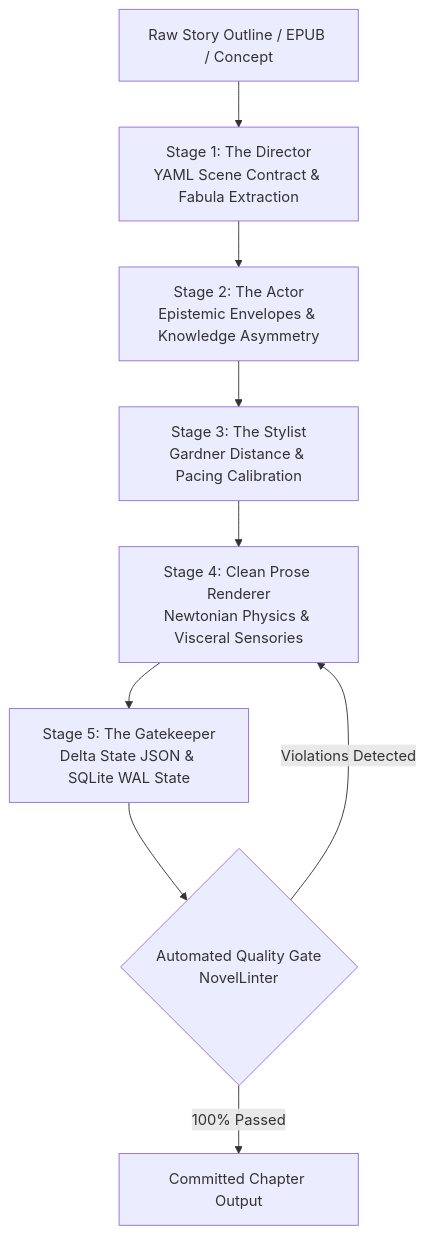
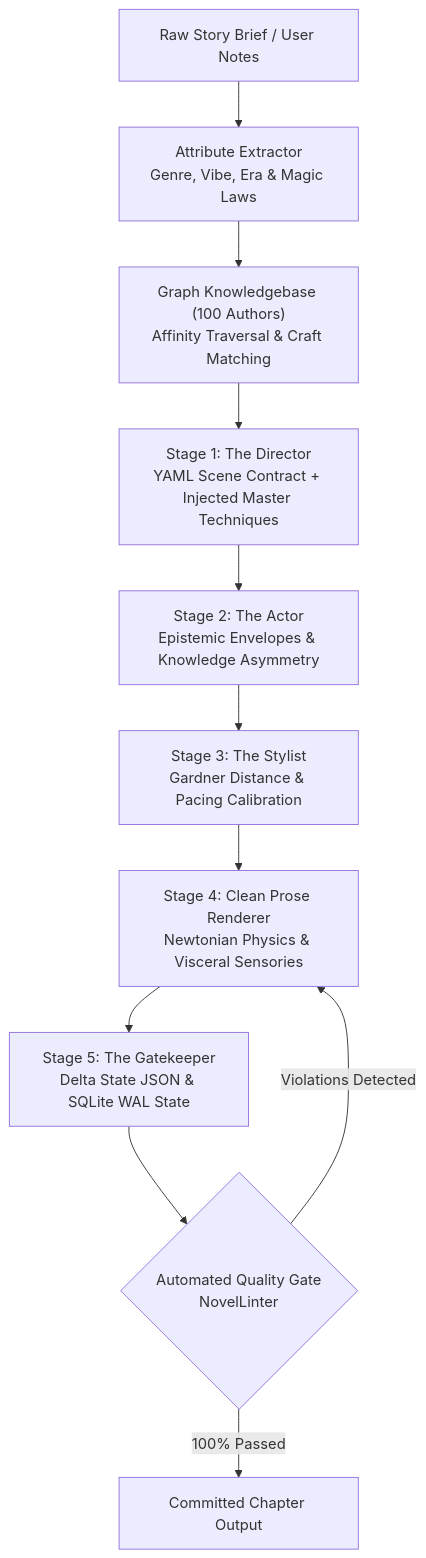
The diagram in README.md (Jaswanth1902/AI_Novel_Writer), drawn with Mermaid before and after one commit. The commit also changed other lines of this file and 13 other files, not shown here.

Commit message:
feat: 100 authors knowledge graph, attribute extractor, and craft injection engine v2.1

````diff
--- a/README.md
+++ b/README.md
@@ -17,11 +18,13 @@
 ```mermaid
 flowchart TD
-    A["Raw Story Outline / EPUB / Concept"] --> B["Stage 1: The Director\nYAML Scene Contract & Fabula Extraction"]
-    B --> C["Stage 2: The Actor\nEpistemic Envelopes & Knowledge Asymmetry"]
-    C --> D["Stage 3: The Stylist\nGardner Distance & Pacing Calibration"]
-    D --> E["Stage 4: Clean Prose Renderer\nNewtonian Physics & Visceral Sensories"]
-    E --> F["Stage 5: The Gatekeeper\nDelta State JSON & SQLite WAL State"]
-    F --> G{"Automated Quality Gate\nNovelLinter"}
-    G -- "Violations Detected" --> E
-    G -- "100% Passed" --> H["Committed Chapter Output"]
+    A["Raw Story Brief / User Notes"] --> B["Attribute Extractor\nGenre, Vibe, Era & Magic Laws"]
+    B --> C["Graph Knowledgebase (100 Authors)\nAffinity Traversal & Craft Matching"]
+    C --> D["Stage 1: The Director\nYAML Scene Contract + Injected Master Techniques"]
+    D --> E["Stage 2: The Actor\nEpistemic Envelopes & Knowledge Asymmetry"]
+    E --> F["Stage 3: The Stylist\nGardner Distance & Pacing Calibration"]
+    F --> G["Stage 4: Clean Prose Renderer\nNewtonian Physics & Visceral Sensories"]
+    G --> H["Stage 5: The Gatekeeper\nDelta State JSON & SQLite WAL State"]
+    H --> I{"Automated Quality Gate\nNovelLinter"}
+    I -- "Violations Detected" --> G
+    I -- "100% Passed" --> J["Committed Chapter Output"]
 ```
````
